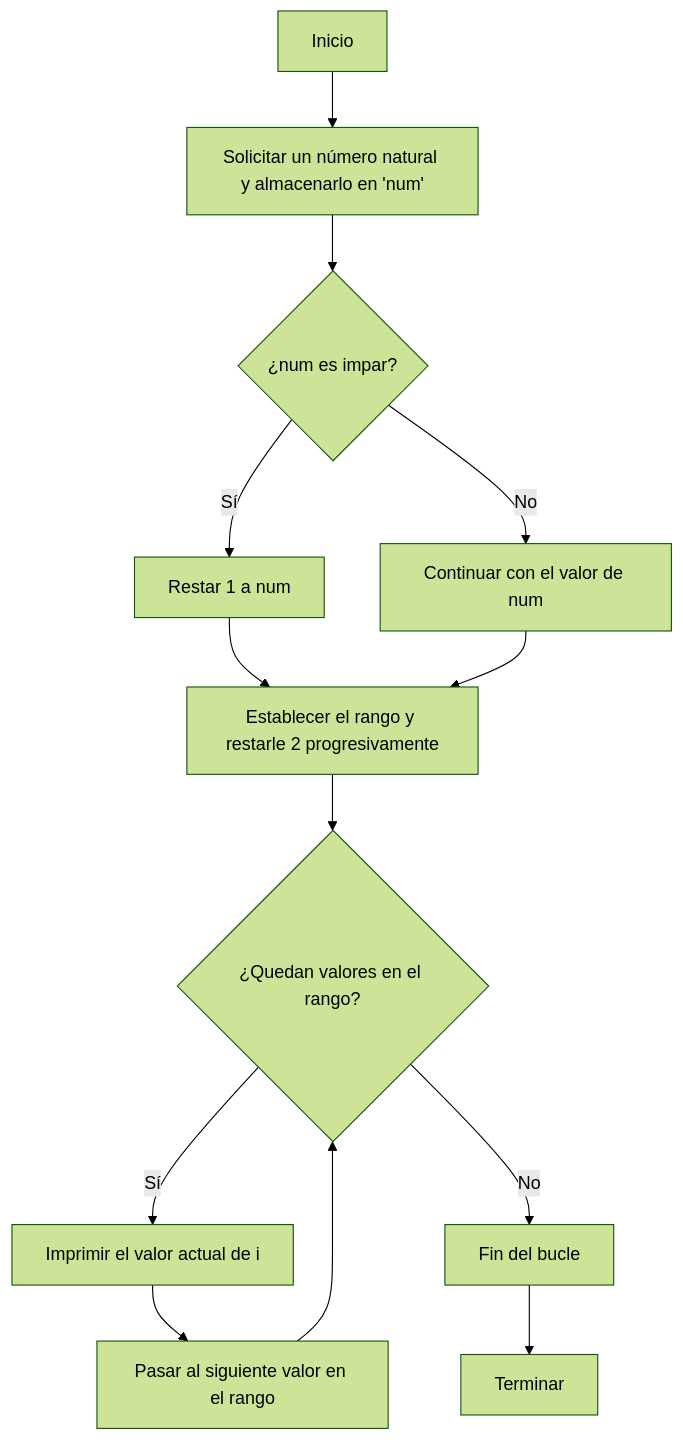
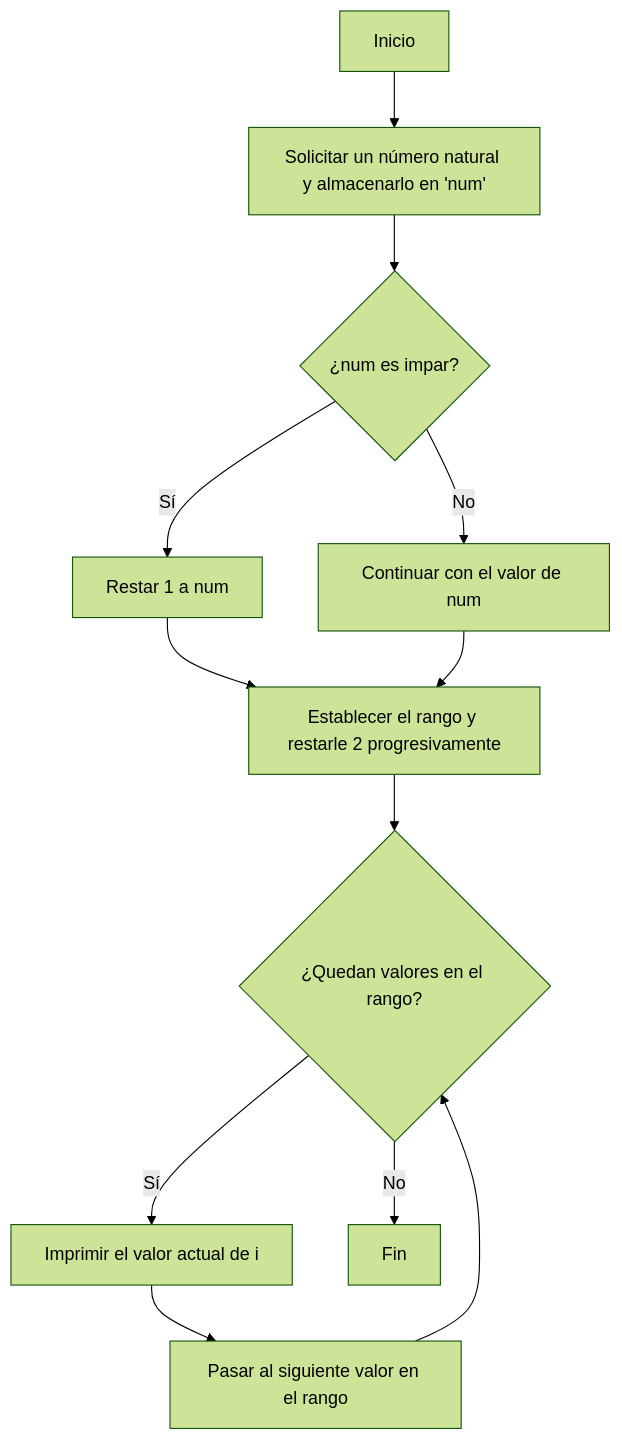
One commit to jmarciales/Reto-N6 changed the third of 3 diagrams in README.md. Above: the diagram before and after it, drawn with Mermaid (forest theme).

````diff
--- a/README.md
+++ b/README.md
@@ -39,16 +39,15 @@
 ```mermaid
 flowchart TD
     A[Inicio] --> B[Solicitar un número natural y almacenarlo en 'num']
     B --> C{¿num es impar?}
     C -->|Sí| D[Restar 1 a num ]
     C -->|No| E[Continuar con el valor de num]
     D --> F[ Establecer el rango y restarle 2 progresivamente]
     E --> F
     F --> G{¿Quedan valores en el rango?}
     G -->|Sí| H[Imprimir el valor actual de i]
     H --> I[Pasar al siguiente valor en el rango]
     I --> G
-    G -->|No| J[Fin del bucle]
-    J --> K[Terminar]
+    G -->|No| J[Fin]
 
 ```
````
